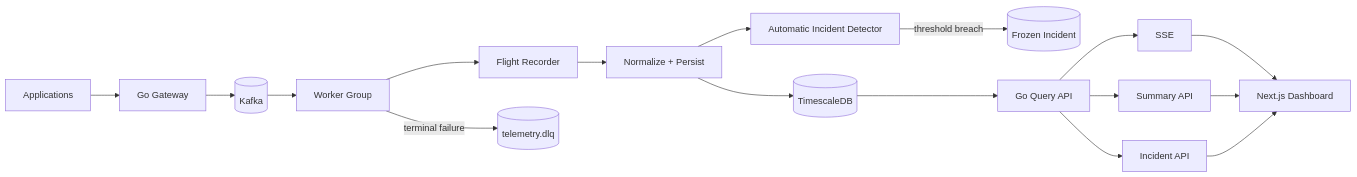
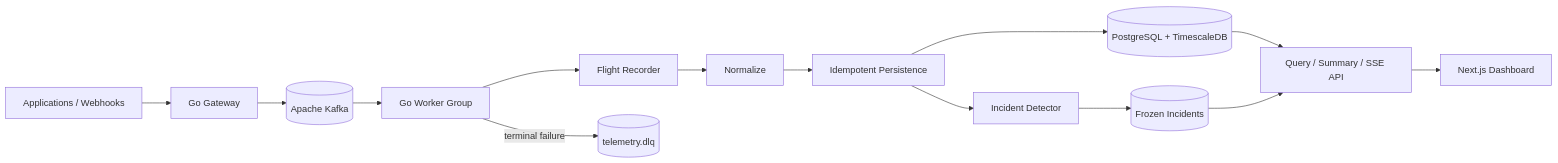
Before and after one commit to fuhrdan/TelemetryForge: the diagram in README.md, drawn with Mermaid. The commit also changed other lines of this file and 68 other files, not shown here.

````diff
--- a/README.md
+++ b/README.md
@@ -38,22 +47,19 @@
 ```mermaid
 flowchart LR
-    A[Applications] --> G[Go Gateway]
-    G --> K[(Kafka)]
-    K --> W[Worker Group]
+    A[Applications / Webhooks] --> G[Go Gateway]
+    G --> K[(Apache Kafka)]
+    K --> W[Go Worker Group]
+
     W --> F[Flight Recorder]
-    F --> P[Normalize + Persist]
-    P --> T[(TimescaleDB)]
-    P --> D[Automatic Incident Detector]
-    D -->|threshold breach| I[(Frozen Incident)]
-
-    T --> Q[Go Query API]
-    Q --> S[SSE]
-    Q --> M[Summary API]
-    Q --> X[Incident API]
-
-    S --> UI[Next.js Dashboard]
-    M --> UI
-    X --> UI
+    F --> N[Normalize]
+    N --> P[Idempotent Persistence]
+    P --> T[(PostgreSQL + TimescaleDB)]
+    P --> D[Incident Detector]
+    D --> I[(Frozen Incidents)]
 
     W -->|terminal failure| DLQ[(telemetry.dlq)]
+
+    T --> API[Query / Summary / SSE API]
+    I --> API
+    API --> UI[Next.js Dashboard]
 ```
````
